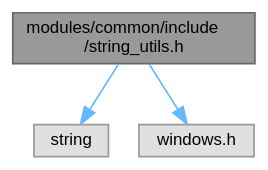
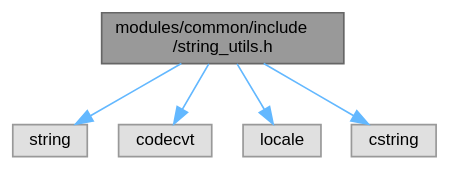
The diagram in string__utils_8h__incl.dot (netkeep80/jsonRVM), drawn with Graphviz before and after one commit. The commit also changed 169 other files, not shown here.

```diff
--- a/string__utils_8h__incl.dot
+++ b/string__utils_8h__incl.dot
@@ -1,12 +1,16 @@
 digraph "modules/common/include/string_utils.h"
 {
  // LATEX_PDF_SIZE
   bgcolor="transparent";
   edge [fontname=Helvetica,fontsize=10,labelfontname=Helvetica,labelfontsize=10];
   node [fontname=Helvetica,fontsize=10,shape=box,height=0.2,width=0.4];
   Node1 [id="Node000001",label="modules/common/include\l/string_utils.h",height=0.2,width=0.4,color="gray40", fillcolor="grey60", style="filled", fontcolor="black",tooltip=" "];
   Node1 -> Node2 [id="edge1_Node000001_Node000002",color="steelblue1",style="solid",tooltip=" "];
   Node2 [id="Node000002",label="string",height=0.2,width=0.4,color="grey60", fillcolor="#E0E0E0", style="filled",tooltip=" "];
   Node1 -> Node3 [id="edge2_Node000001_Node000003",color="steelblue1",style="solid",tooltip=" "];
-  Node3 [id="Node000003",label="windows.h",height=0.2,width=0.4,color="grey60", fillcolor="#E0E0E0", style="filled",tooltip=" "];
+  Node3 [id="Node000003",label="codecvt",height=0.2,width=0.4,color="grey60", fillcolor="#E0E0E0", style="filled",tooltip=" "];
+  Node1 -> Node4 [id="edge3_Node000001_Node000004",color="steelblue1",style="solid",tooltip=" "];
+  Node4 [id="Node000004",label="locale",height=0.2,width=0.4,color="grey60", fillcolor="#E0E0E0", style="filled",tooltip=" "];
+  Node1 -> Node5 [id="edge4_Node000001_Node000005",color="steelblue1",style="solid",tooltip=" "];
+  Node5 [id="Node000005",label="cstring",height=0.2,width=0.4,color="grey60", fillcolor="#E0E0E0", style="filled",tooltip=" "];
 }
```
